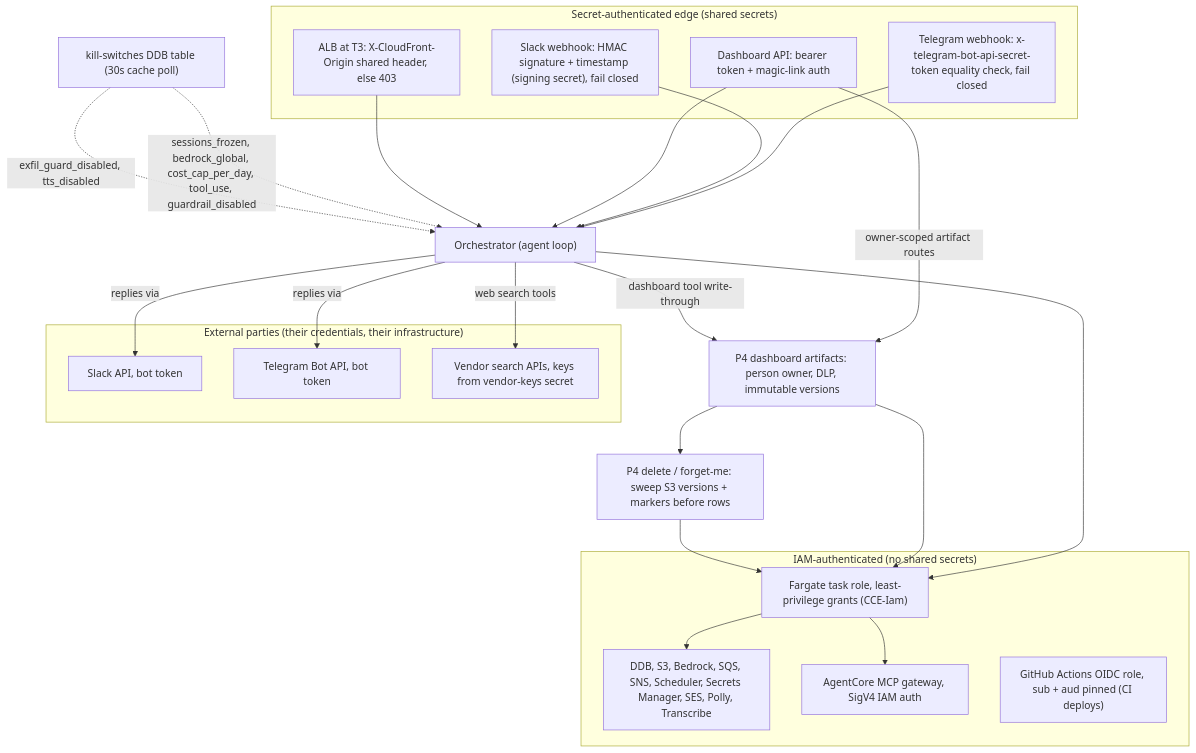
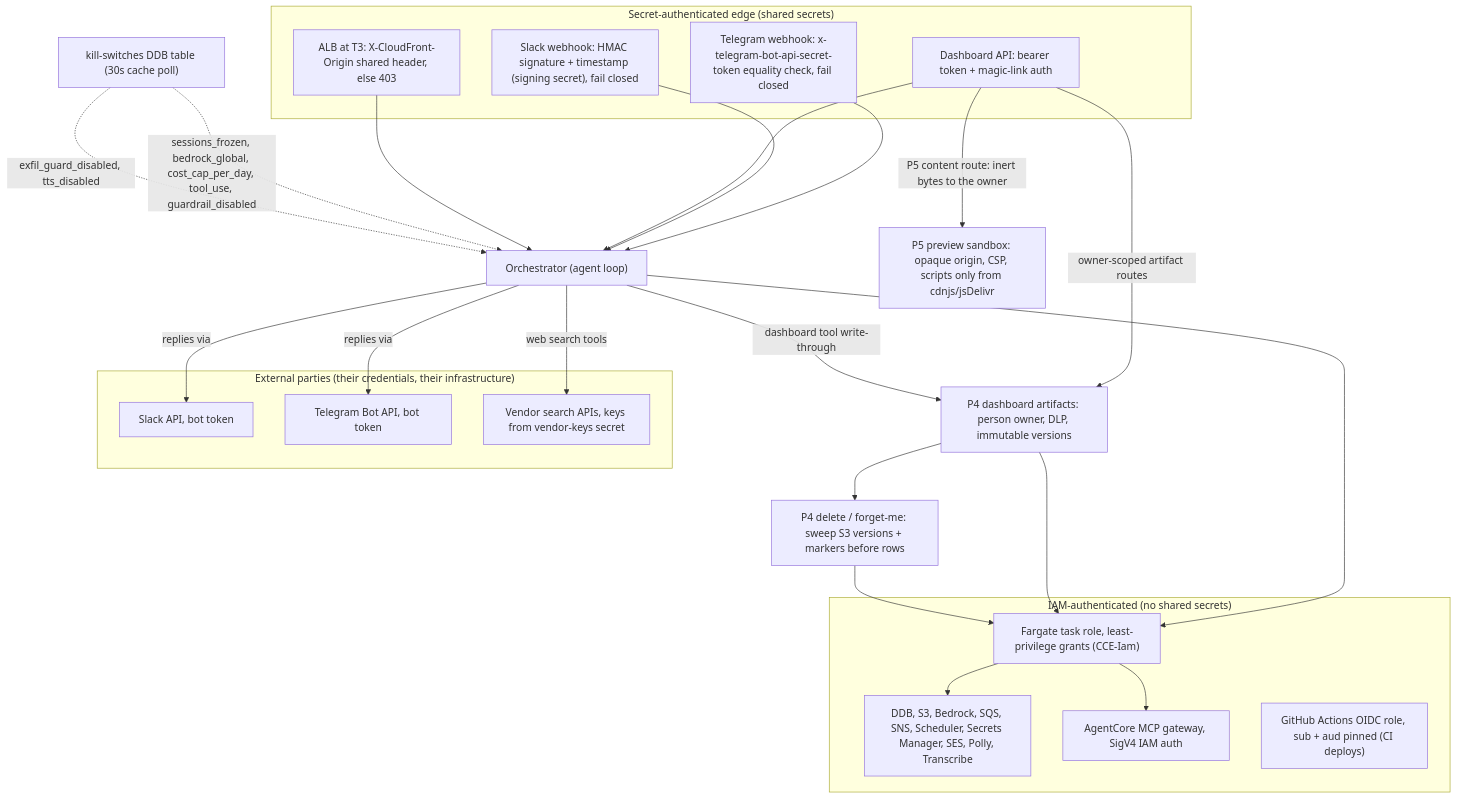
Before and after one commit to Adams-Captial-Holdings-Ltd/Netzer-Labs: the diagram in docs/diagrams/architecture-security.md, drawn with Mermaid. The commit also changed other lines of this file and 3 other files, not shown here.

First line of the commit message:
docs: P5 preview boundary and card/panel flow in the mapped diagrams

````diff
--- a/docs/diagrams/architecture-security.md
+++ b/docs/diagrams/architecture-security.md
@@ -20,45 +21,47 @@
 ```mermaid
 flowchart TD
   subgraph secretauth["Secret-authenticated edge (shared secrets)"]
     TGCHECK["Telegram webhook: x-telegram-bot-api-secret-token equality check, fail closed"]
     SLACKCHECK["Slack webhook: HMAC signature + timestamp (signing secret), fail closed"]
     DASHCHECK["Dashboard API: bearer token + magic-link auth"]
     CFCHECK["ALB at T3: X-CloudFront-Origin shared header, else 403"]
   end
 
   subgraph iamauth["IAM-authenticated (no shared secrets)"]
     TASKROLE["Fargate task role, least-privilege grants (CCE-Iam)"]
     AWSSVCS["DDB, S3, Bedrock, SQS, SNS, Scheduler, Secrets Manager, SES, Polly, Transcribe"]
     MCPGW["AgentCore MCP gateway, SigV4 IAM auth"]
     OIDC["GitHub Actions OIDC role, sub + aud pinned (CI deploys)"]
     TASKROLE --> AWSSVCS
     TASKROLE --> MCPGW
   end
 
   subgraph externals["External parties (their credentials, their infrastructure)"]
     SLACKAPI["Slack API, bot token"]
     TGAPI["Telegram Bot API, bot token"]
     VENDORS["Vendor search APIs, keys from vendor-keys secret"]
   end
 
   ORCH["Orchestrator (agent loop)"]
   ARTIFACT["P4 dashboard artifacts: person owner, DLP, immutable versions"]
   ERASE["P4 delete / forget-me: sweep S3 versions + markers before rows"]
+  PREVIEW["P5 preview sandbox: opaque origin, CSP, scripts only from cdnjs/jsDelivr"]
   TGCHECK --> ORCH
   SLACKCHECK --> ORCH
   DASHCHECK --> ORCH
   CFCHECK --> ORCH
   ORCH --> TASKROLE
   DASHCHECK -->|"owner-scoped artifact routes"| ARTIFACT
   ORCH -->|"dashboard tool write-through"| ARTIFACT
   ARTIFACT --> TASKROLE
   ARTIFACT --> ERASE
   ERASE --> TASKROLE
+  DASHCHECK -->|"P5 content route: inert bytes to the owner"| PREVIEW
   ORCH -->|"replies via"| SLACKAPI
   ORCH -->|"replies via"| TGAPI
   ORCH -->|"web search tools"| VENDORS
 
   KILLS["kill-switches DDB table (30s cache poll)"]
   KILLS -.->|"sessions_frozen, bedrock_global, cost_cap_per_day, tool_use, guardrail_disabled"| ORCH
   KILLS -.->|"exfil_guard_disabled, tts_disabled"| ORCH
 ```
````
